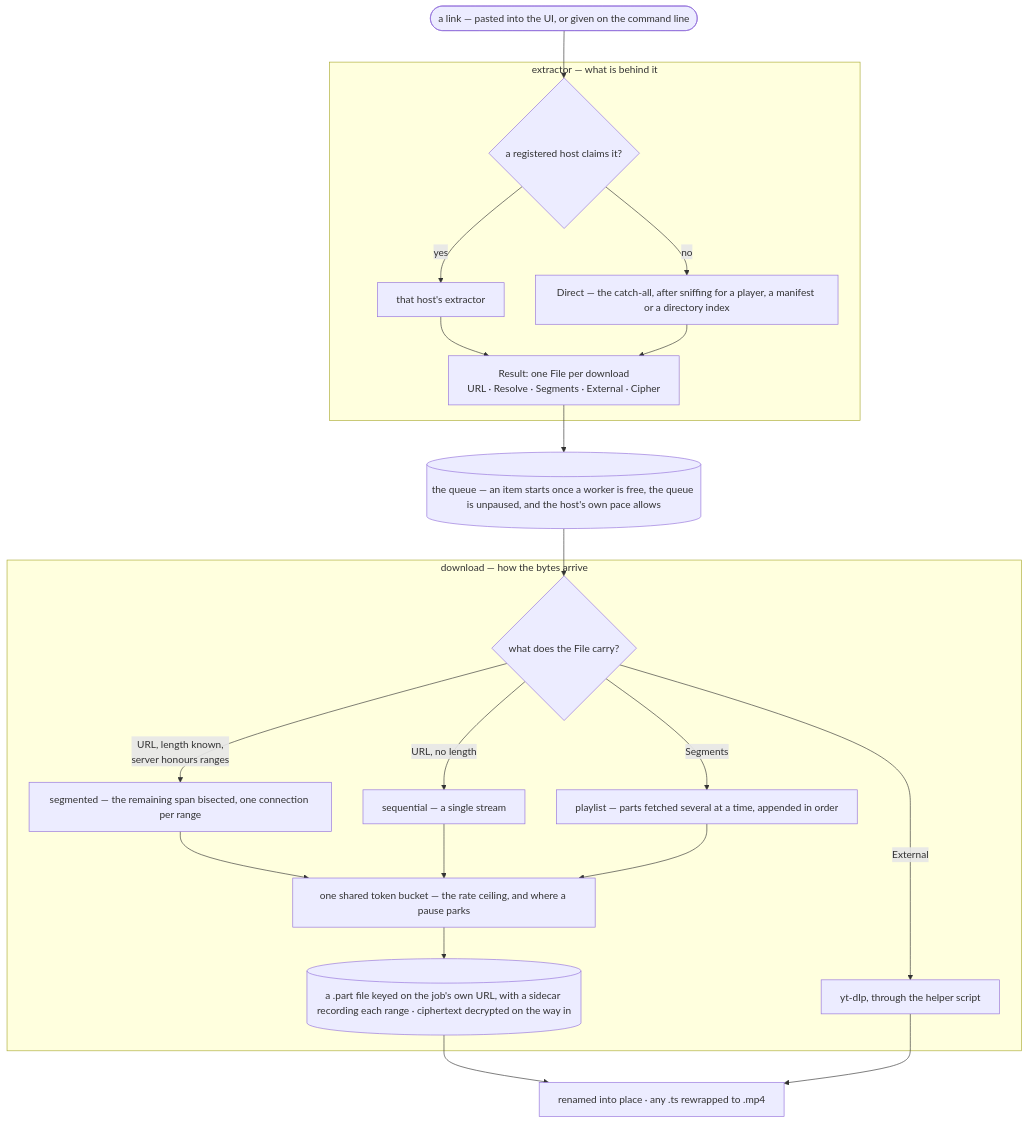
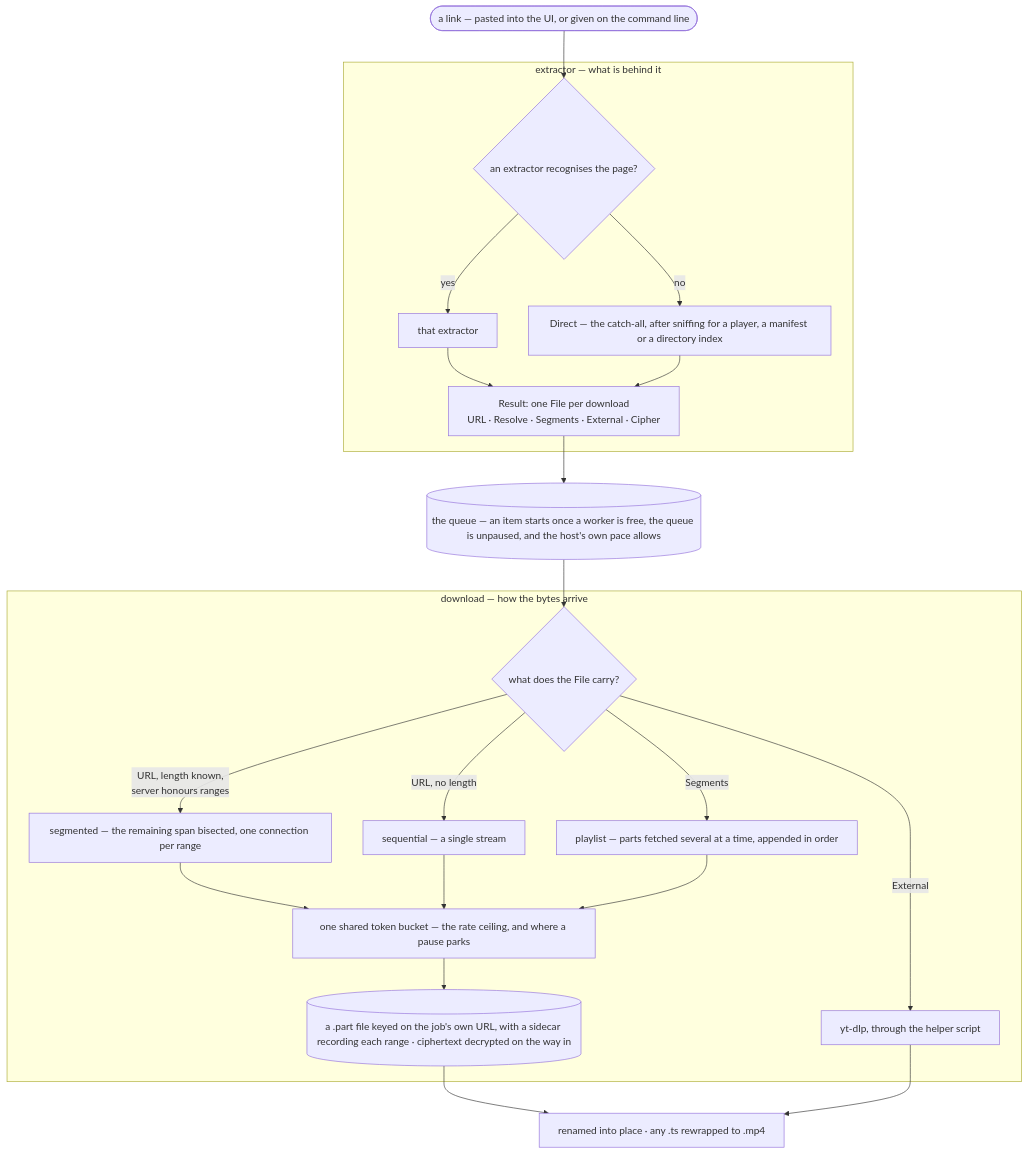
The first of 2 diagrams in docs/architecture.md (JohanLindvall/HeapLeach), drawn with Mermaid before and after one commit. The commit also changed 521 other files, not shown here.

````diff
--- a/docs/architecture.md
+++ b/docs/architecture.md
@@ -22,38 +22,38 @@
 ```mermaid
 %%{init: {"flowchart": {"wrappingWidth": 420}}}%%
 flowchart TD
     paste(["a link — pasted into the UI, or given on the command line"])
 
     subgraph resolve["extractor — what is behind it"]
-        claim{"a registered host claims it?"}
-        host["that host's extractor"]
+        claim{"an extractor recognises the page?"}
+        host["that extractor"]
         direct["Direct — the catch-all, after sniffing for a player, a manifest or a directory index"]
         res["Result: one File per download<br>URL · Resolve · Segments · External · Cipher"]
         claim -- yes --> host --> res
         claim -- no --> direct --> res
     end
 
     queue[("the queue — an item starts once a worker is free, the queue is unpaused, and the host's own pace allows")]
 
     subgraph move["download — how the bytes arrive"]
         pick{"what does the File carry?"}
         multi["segmented — the remaining span bisected, one connection per range"]
         seq["sequential — a single stream"]
         playlist["playlist — parts fetched several at a time, appended in order"]
         ytdlp["yt-dlp, through the helper script"]
         bucket["one shared token bucket — the rate ceiling, and where a pause parks"]
         part[("a .part file keyed on the job's own URL, with a sidecar recording each range · ciphertext decrypted on the way in")]
         pick -- "URL, length known,<br>server honours ranges" --> multi --> bucket
         pick -- "URL, no length" --> seq --> bucket
         pick -- Segments --> playlist --> bucket
         pick -- External --> ytdlp
         bucket --> part
     end
 
     fin["renamed into place · any .ts rewrapped to .mp4"]
 
     paste --> claim
     res --> queue --> pick
     part --> fin
     ytdlp --> fin
 ```
````
